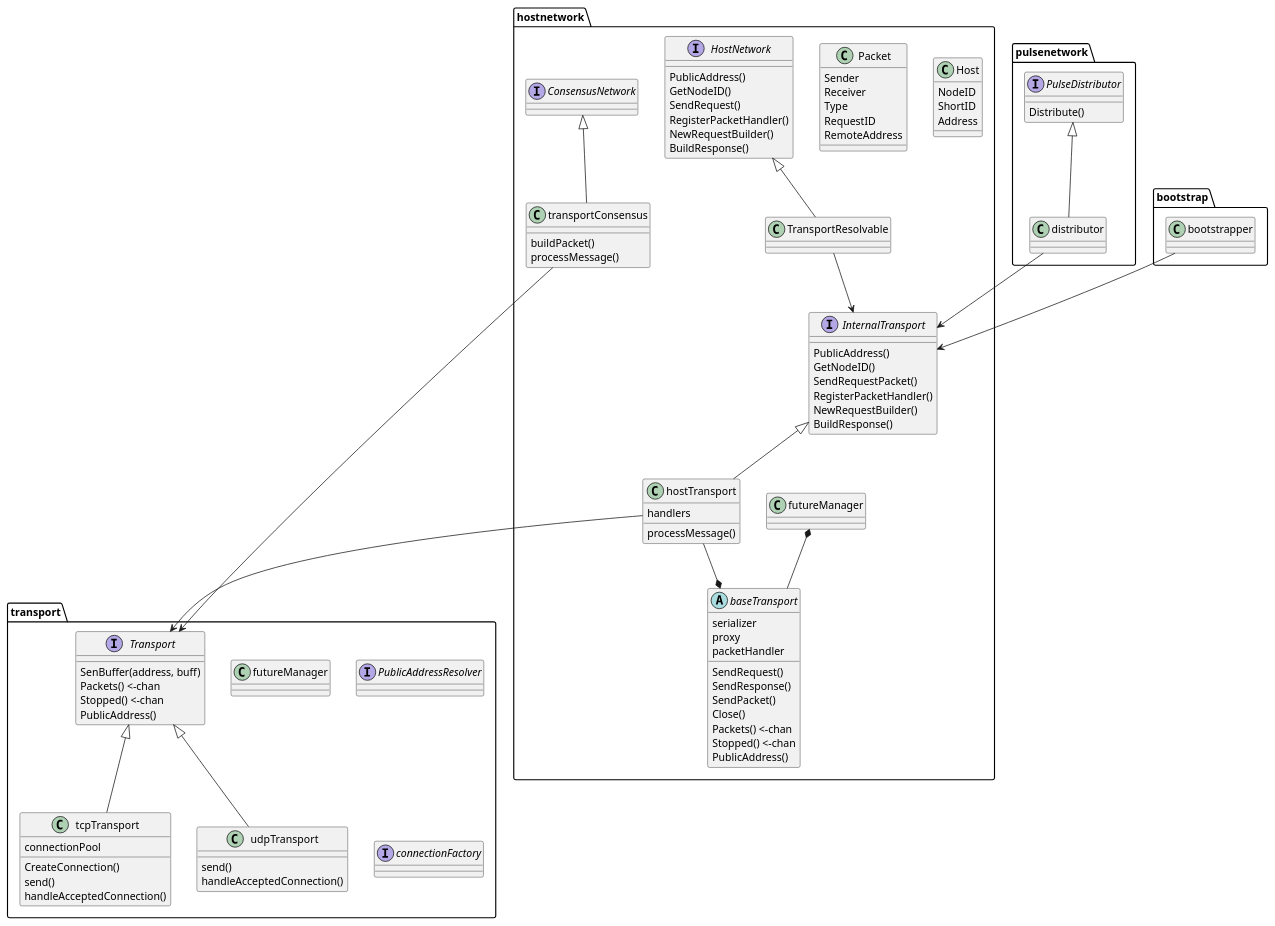
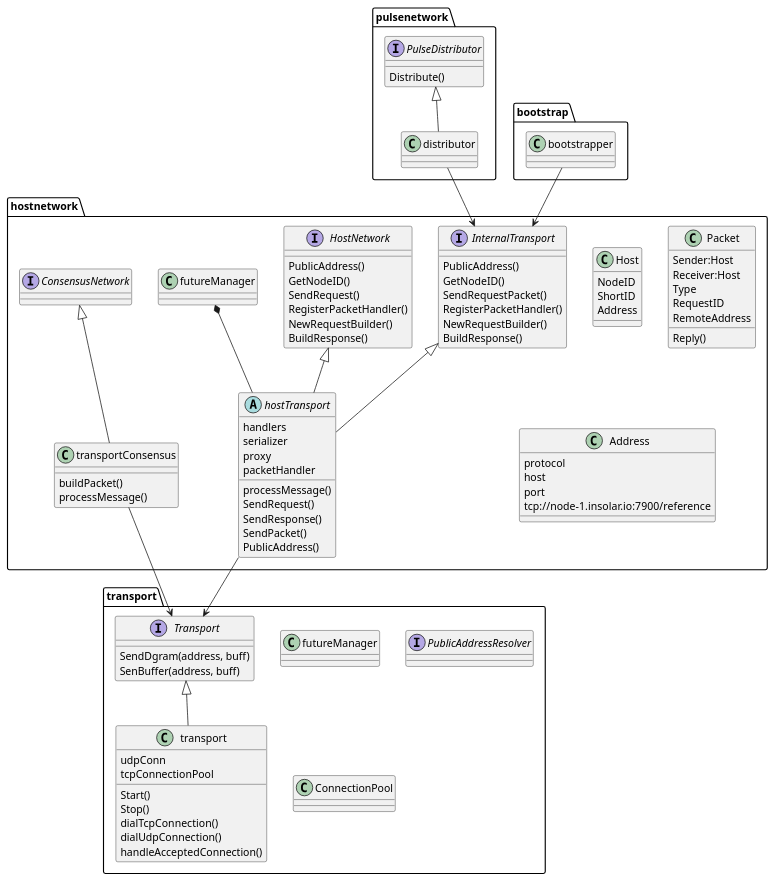
One commit to i-znl/insolar changed the diagram in uml/newtransport.puml. Above: the diagram before and after it, drawn with PlantUML. The commit also changed 1 other file, not shown here.

```diff
--- a/uml/newtransport.puml
+++ b/uml/newtransport.puml
@@ -1,127 +1,120 @@
 @startuml
 
 package hostnetwork {
 
 class Host {
 NodeID
 ShortID
 Address
 }
 class Packet {
-Sender
-Receiver
+Sender:Host
+Receiver:Host
 Type
 RequestID
 RemoteAddress
+Reply()
 }
 
 
 class hostTransport {
 handlers
 processMessage()
 }
 
 interface InternalTransport{
 PublicAddress()
 GetNodeID()
 SendRequestPacket()
 RegisterPacketHandler()
 NewRequestBuilder()
 BuildResponse()
 }
 
 InternalTransport <|-- hostTransport
 
 interface HostNetwork {
 PublicAddress()
 GetNodeID()
 SendRequest()
 RegisterPacketHandler()
 NewRequestBuilder()
 BuildResponse()
 }
 
-class TransportResolvable {
-}
-HostNetwork <|-- TransportResolvable
+
 
 interface ConsensusNetwork
 class transportConsensus {
 buildPacket()
 processMessage()
 }
 ConsensusNetwork <|-- transportConsensus
 
-TransportResolvable --> InternalTransport
 
-abstract class baseTransport {
+abstract class hostTransport {
 serializer
 proxy
 packetHandler
 SendRequest()
 SendResponse()
 SendPacket()
-Close()
-Packets() <-chan
-Stopped() <-chan
 PublicAddress()
 }
-futureManager *-- baseTransport
-hostTransport --* baseTransport
+futureManager *-- hostTransport
+HostNetwork <|-- hostTransport
+
+class Address {
+protocol
+host
+port
+tcp://node-1.insolar.io:7900/reference
+}
+
 }
 
 package transport {
 interface Transport {
-
+SendDgram(address, buff)
 SenBuffer(address, buff)
-Packets() <-chan
-Stopped() <-chan
-PublicAddress()
 }
 
 class futureManager
 interface PublicAddressResolver
-interface connectionFactory
+class ConnectionPool
 
-
-
-
-
-class tcpTransport {
-connectionPool
-CreateConnection()
-send()
-handleAcceptedConnection()
-}
-class udpTransport {
-send()
+class transport {
+udpConn
+tcpConnectionPool
+Start()
+Stop()
+dialTcpConnection()
+dialUdpConnection()
 handleAcceptedConnection()
 }
 
-Transport <|-- tcpTransport
-Transport <|-- udpTransport
-
+Transport <|-- transport
 }
 
 
 
 package pulsenetwork {
 interface PulseDistributor {
 Distribute()
 }
 class distributor
 PulseDistributor <|-- distributor
 distributor-->InternalTransport
 }
 
 package bootstrap {
 class bootstrapper {
 }
 }
 bootstrapper --> InternalTransport
 
 transportConsensus --> Transport
 hostTransport --> Transport
 
 
 @enduml
```
